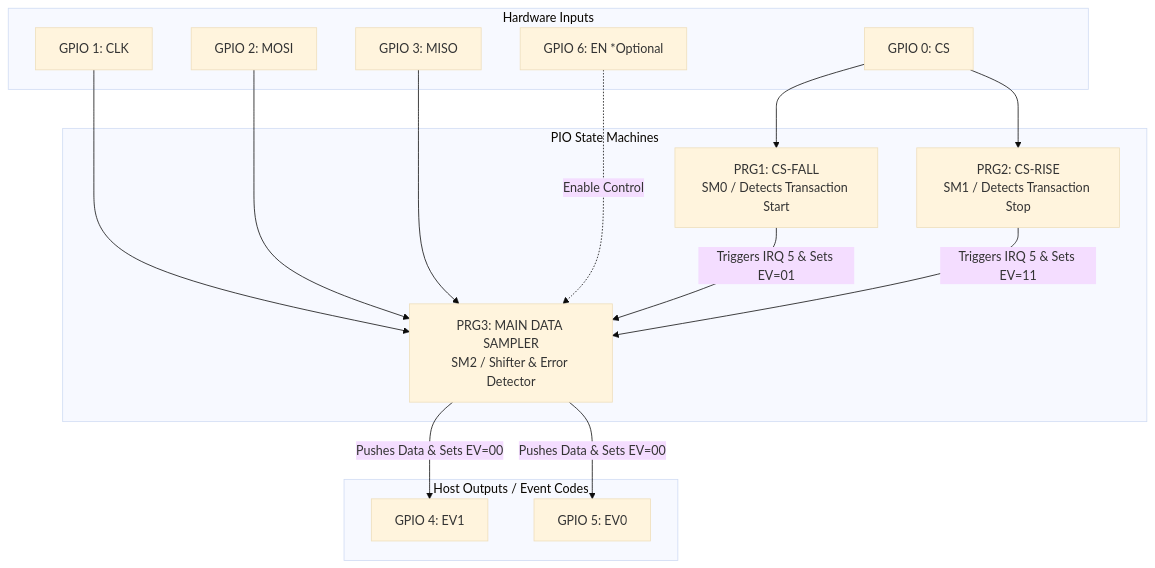
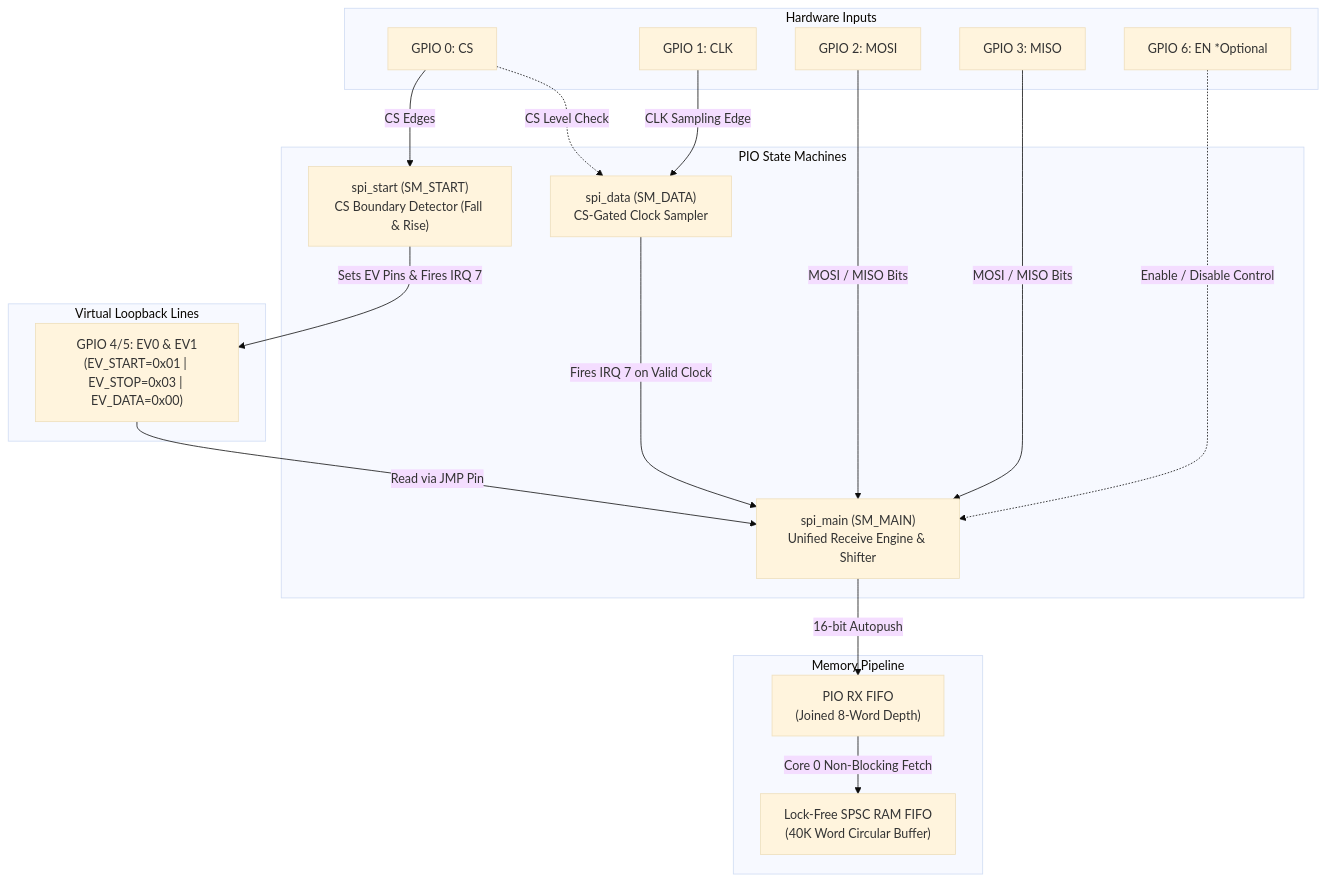
The diagram in README.md (Ductapemaster/spi_sniffer_pio), drawn with Mermaid (base theme) before and after one commit.

Commit message:
docs(readme): update PIO architecture diagram
- Consolidate CS edge detection into spi_start state machine
- Clarify spi_data clock filtering and IRQ generation
- Document lock-free SPSC RAM FIFO in memory pipeline

````diff
--- a/README.md
+++ b/README.md
@@ -37,30 +37,39 @@
 ```mermaid
 graph TD
     subgraph Hardware Inputs
         G0[GPIO 0: CS]
         G1[GPIO 1: CLK]
         G2[GPIO 2: MOSI]
         G3[GPIO 3: MISO]
         G6[GPIO 6: EN *Optional]
     end
 
     subgraph PIO State Machines
-        PRG1[PRG1: CS-FALL<br/>SM0 / Detects Transaction Start]
-        PRG2[PRG2: CS-RISE<br/>SM1 / Detects Transaction Stop]
-        PRG3[PRG3: MAIN DATA SAMPLER<br/>SM2 / Shifter & Error Detector]
+        SM_START["spi_start (SM_START)<br/>CS Boundary Detector (Fall & Rise)"]
+        SM_DATA["spi_data (SM_DATA)<br/>CS-Gated Clock Sampler"]
+        SM_MAIN["spi_main (SM_MAIN)<br/>Unified Receive Engine & Shifter"]
     end
 
-    subgraph Host Outputs / Event Codes
-        G4[GPIO 4: EV1]
-        G5[GPIO 5: EV0]
+    subgraph Virtual Loopback Lines
+        EV_PINS["GPIO 4/5: EV0 & EV1<br/>(EV_START=0x01 | EV_STOP=0x03 | EV_DATA=0x00)"]
     end
 
-    G0 --> PRG1
-    G0 --> PRG2
-    G1 & G2 & G3 --> PRG3
-    G6 -.->|Enable Control| PRG3
+    subgraph Memory Pipeline
+        PIO_FIFO["PIO RX FIFO<br/>(Joined 8-Word Depth)"]
+        SPSC_FIFO["Lock-Free SPSC RAM FIFO<br/>(40K Word Circular Buffer)"]
+    end
 
-    PRG1 -->|Triggers IRQ 5 & Sets EV=01| PRG3
-    PRG2 -->|Triggers IRQ 5 & Sets EV=11| PRG3
-    PRG3 -->|Pushes Data & Sets EV=00| G4 & G5
+    G0 -->|CS Edges| SM_START
+    G0 -.->|CS Level Check| SM_DATA
+    G1 -->|CLK Sampling Edge| SM_DATA
+    G2 & G3 -->|MOSI / MISO Bits| SM_MAIN
+    G6 -.->|Enable / Disable Control| SM_MAIN
+
+    SM_START -->|Sets EV Pins & Fires IRQ 7| EV_PINS
+    SM_DATA -->|Fires IRQ 7 on Valid Clock| SM_MAIN
+
+    EV_PINS -->|Read via JMP Pin| SM_MAIN
+
+    SM_MAIN -->|16-bit Autopush| PIO_FIFO
+    PIO_FIFO -->|Core 0 Non-Blocking Fetch| SPSC_FIFO
 ```
````
